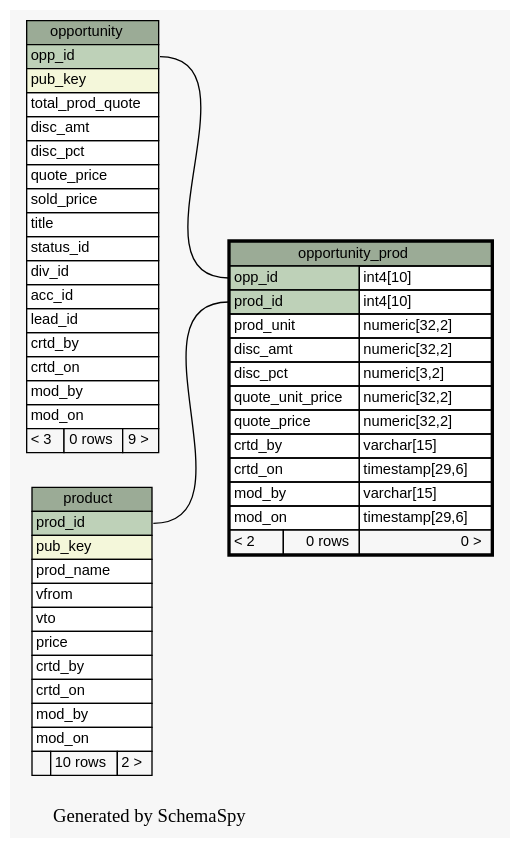
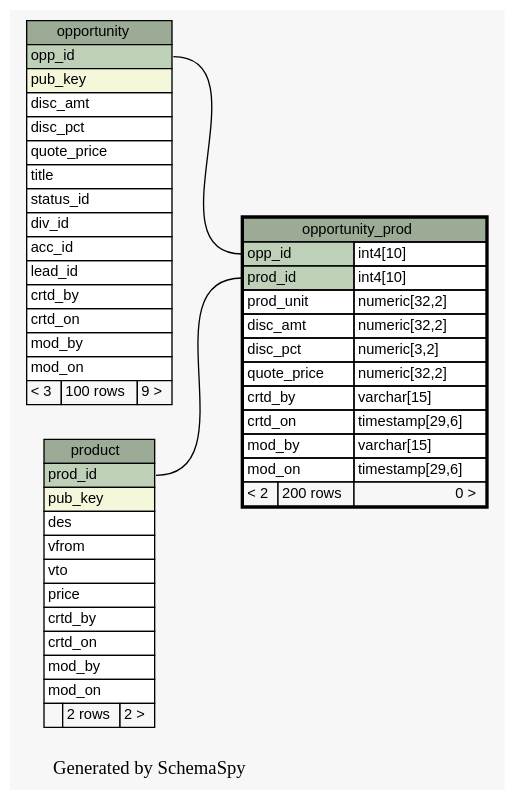
The diagram in docs/database/schemaspy/graphs/opportunity_prod.1degree.dot (engineerscraft/salesforce), drawn with Graphviz before and after one commit. The commit also changed 206 other files, not shown here.

```diff
--- a/docs/database/schemaspy/graphs/opportunity_prod.1degree.dot
+++ b/docs/database/schemaspy/graphs/opportunity_prod.1degree.dot
@@ -1,83 +1,80 @@
 // dot 2.38.0 on Windows 7 6.1
 digraph "oneDegreeRelationshipsGraph" {
   graph [
     rankdir="RL"
     bgcolor="#f7f7f7"
     label="\nGenerated by SchemaSpy"
     labeljust="l"
   ];
   node [
     fontname="Helvetica"
     fontsize="11"
     shape="plaintext"
   ];
   edge [
     arrowsize="0.8"
   ];
   "opportunity_prod":"opp_id":w -> "opportunity":"opp_id":e [arrowtail=crowtee arrowhead=none];
   "opportunity_prod":"prod_id":w -> "product":"prod_id":e [arrowtail=crowtee arrowhead=none];
   "opportunity" [
     label=<
     <TABLE BORDER="0" CELLBORDER="1" CELLSPACING="0" BGCOLOR="#ffffff">
       <TR><TD PORT="opportunity.heading" COLSPAN="3" BGCOLOR="#9bab96" ALIGN="CENTER">opportunity</TD></TR>
       <TR><TD PORT="opp_id" COLSPAN="3" BGCOLOR="#bed1b8" ALIGN="LEFT">opp_id</TD></TR>
       <TR><TD PORT="pub_key" COLSPAN="3" BGCOLOR="#f4f7da" ALIGN="LEFT">pub_key</TD></TR>
-      <TR><TD PORT="total_prod_quote" COLSPAN="3" ALIGN="LEFT">total_prod_quote</TD></TR>
       <TR><TD PORT="disc_amt" COLSPAN="3" ALIGN="LEFT">disc_amt</TD></TR>
       <TR><TD PORT="disc_pct" COLSPAN="3" ALIGN="LEFT">disc_pct</TD></TR>
       <TR><TD PORT="quote_price" COLSPAN="3" ALIGN="LEFT">quote_price</TD></TR>
-      <TR><TD PORT="sold_price" COLSPAN="3" ALIGN="LEFT">sold_price</TD></TR>
       <TR><TD PORT="title" COLSPAN="3" ALIGN="LEFT">title</TD></TR>
       <TR><TD PORT="status_id" COLSPAN="3" ALIGN="LEFT">status_id</TD></TR>
       <TR><TD PORT="div_id" COLSPAN="3" ALIGN="LEFT">div_id</TD></TR>
       <TR><TD PORT="acc_id" COLSPAN="3" ALIGN="LEFT">acc_id</TD></TR>
       <TR><TD PORT="lead_id" COLSPAN="3" ALIGN="LEFT">lead_id</TD></TR>
       <TR><TD PORT="crtd_by" COLSPAN="3" ALIGN="LEFT">crtd_by</TD></TR>
       <TR><TD PORT="crtd_on" COLSPAN="3" ALIGN="LEFT">crtd_on</TD></TR>
       <TR><TD PORT="mod_by" COLSPAN="3" ALIGN="LEFT">mod_by</TD></TR>
       <TR><TD PORT="mod_on" COLSPAN="3" ALIGN="LEFT">mod_on</TD></TR>
-      <TR><TD ALIGN="LEFT" BGCOLOR="#f7f7f7">&lt; 3</TD><TD ALIGN="RIGHT" BGCOLOR="#f7f7f7">0 rows</TD><TD ALIGN="RIGHT" BGCOLOR="#f7f7f7">9 &gt;</TD></TR>
+      <TR><TD ALIGN="LEFT" BGCOLOR="#f7f7f7">&lt; 3</TD><TD ALIGN="RIGHT" BGCOLOR="#f7f7f7">100 rows</TD><TD ALIGN="RIGHT" BGCOLOR="#f7f7f7">9 &gt;</TD></TR>
     </TABLE>>
     URL="opportunity.html#graph"
     tooltip="opportunity"
   ];
   "opportunity_prod" [
     label=<
     <TABLE BORDER="2" CELLBORDER="1" CELLSPACING="0" BGCOLOR="#ffffff">
       <TR><TD PORT="opportunity_prod.heading" COLSPAN="3" BGCOLOR="#9bab96" ALIGN="CENTER">opportunity_prod</TD></TR>
       <TR><TD PORT="opp_id" COLSPAN="2" BGCOLOR="#bed1b8" ALIGN="LEFT">opp_id</TD><TD PORT="opp_id.type" ALIGN="LEFT">int4[10]</TD></TR>
       <TR><TD PORT="prod_id" COLSPAN="2" BGCOLOR="#bed1b8" ALIGN="LEFT">prod_id</TD><TD PORT="prod_id.type" ALIGN="LEFT">int4[10]</TD></TR>
       <TR><TD PORT="prod_unit" COLSPAN="2" ALIGN="LEFT">prod_unit</TD><TD PORT="prod_unit.type" ALIGN="LEFT">numeric[32,2]</TD></TR>
       <TR><TD PORT="disc_amt" COLSPAN="2" ALIGN="LEFT">disc_amt</TD><TD PORT="disc_amt.type" ALIGN="LEFT">numeric[32,2]</TD></TR>
       <TR><TD PORT="disc_pct" COLSPAN="2" ALIGN="LEFT">disc_pct</TD><TD PORT="disc_pct.type" ALIGN="LEFT">numeric[3,2]</TD></TR>
-      <TR><TD PORT="quote_unit_price" COLSPAN="2" ALIGN="LEFT">quote_unit_price</TD><TD PORT="quote_unit_price.type" ALIGN="LEFT">numeric[32,2]</TD></TR>
       <TR><TD PORT="quote_price" COLSPAN="2" ALIGN="LEFT">quote_price</TD><TD PORT="quote_price.type" ALIGN="LEFT">numeric[32,2]</TD></TR>
       <TR><TD PORT="crtd_by" COLSPAN="2" ALIGN="LEFT">crtd_by</TD><TD PORT="crtd_by.type" ALIGN="LEFT">varchar[15]</TD></TR>
       <TR><TD PORT="crtd_on" COLSPAN="2" ALIGN="LEFT">crtd_on</TD><TD PORT="crtd_on.type" ALIGN="LEFT">timestamp[29,6]</TD></TR>
       <TR><TD PORT="mod_by" COLSPAN="2" ALIGN="LEFT">mod_by</TD><TD PORT="mod_by.type" ALIGN="LEFT">varchar[15]</TD></TR>
       <TR><TD PORT="mod_on" COLSPAN="2" ALIGN="LEFT">mod_on</TD><TD PORT="mod_on.type" ALIGN="LEFT">timestamp[29,6]</TD></TR>
-      <TR><TD ALIGN="LEFT" BGCOLOR="#f7f7f7">&lt; 2</TD><TD ALIGN="RIGHT" BGCOLOR="#f7f7f7">0 rows</TD><TD ALIGN="RIGHT" BGCOLOR="#f7f7f7">0 &gt;</TD></TR>
+      <TR><TD ALIGN="LEFT" BGCOLOR="#f7f7f7">&lt; 2</TD><TD ALIGN="RIGHT" BGCOLOR="#f7f7f7">200 rows</TD><TD ALIGN="RIGHT" BGCOLOR="#f7f7f7">0 &gt;</TD></TR>
     </TABLE>>
     URL="opportunity_prod.html#"
     tooltip="opportunity_prod"
   ];
   "product" [
     label=<
     <TABLE BORDER="0" CELLBORDER="1" CELLSPACING="0" BGCOLOR="#ffffff">
       <TR><TD PORT="product.heading" COLSPAN="3" BGCOLOR="#9bab96" ALIGN="CENTER">product</TD></TR>
       <TR><TD PORT="prod_id" COLSPAN="3" BGCOLOR="#bed1b8" ALIGN="LEFT">prod_id</TD></TR>
       <TR><TD PORT="pub_key" COLSPAN="3" BGCOLOR="#f4f7da" ALIGN="LEFT">pub_key</TD></TR>
-      <TR><TD PORT="prod_name" COLSPAN="3" ALIGN="LEFT">prod_name</TD></TR>
+      <TR><TD PORT="des" COLSPAN="3" ALIGN="LEFT">des</TD></TR>
       <TR><TD PORT="vfrom" COLSPAN="3" ALIGN="LEFT">vfrom</TD></TR>
       <TR><TD PORT="vto" COLSPAN="3" ALIGN="LEFT">vto</TD></TR>
       <TR><TD PORT="price" COLSPAN="3" ALIGN="LEFT">price</TD></TR>
       <TR><TD PORT="crtd_by" COLSPAN="3" ALIGN="LEFT">crtd_by</TD></TR>
       <TR><TD PORT="crtd_on" COLSPAN="3" ALIGN="LEFT">crtd_on</TD></TR>
       <TR><TD PORT="mod_by" COLSPAN="3" ALIGN="LEFT">mod_by</TD></TR>
       <TR><TD PORT="mod_on" COLSPAN="3" ALIGN="LEFT">mod_on</TD></TR>
-      <TR><TD ALIGN="LEFT" BGCOLOR="#f7f7f7">  </TD><TD ALIGN="RIGHT" BGCOLOR="#f7f7f7">10 rows</TD><TD ALIGN="RIGHT" BGCOLOR="#f7f7f7">2 &gt;</TD></TR>
+      <TR><TD ALIGN="LEFT" BGCOLOR="#f7f7f7">  </TD><TD ALIGN="RIGHT" BGCOLOR="#f7f7f7">2 rows</TD><TD ALIGN="RIGHT" BGCOLOR="#f7f7f7">2 &gt;</TD></TR>
     </TABLE>>
     URL="product.html#graph"
     tooltip="product"
   ];
 }
```
